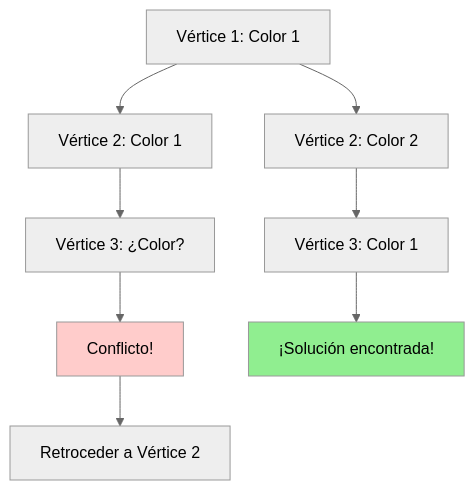
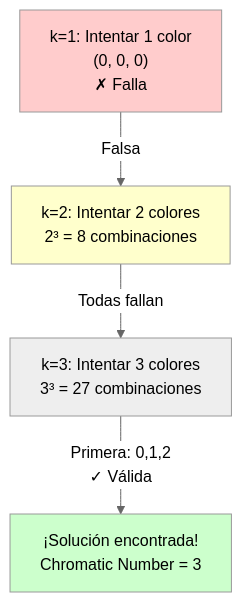
One commit to el-ente/coloreo-de-grafos changed the diagram in implementaciones/fuerza-bruta.md. Above: the diagram before and after it, drawn with Mermaid (neutral theme). The commit also changed other lines of this file and 3 other files, not shown here.

First line of the commit message:
feat: Implement brute force graph coloring algorithm

````diff
--- a/implementaciones/fuerza-bruta.md
+++ b/implementaciones/fuerza-bruta.md
@@ -19,13 +90,10 @@
 ```mermaid
 graph TD
-    A[Vértice 1: Color 1] --> B[Vértice 2: Color 1]
-    A --> C[Vértice 2: Color 2]
-    B --> D[Vértice 3: ¿Color?]
-    D --> E[Conflicto!]
-    E --> F[Retroceder a Vértice 2]
-    C --> G[Vértice 3: Color 1]
-    G --> H[¡Solución encontrada!]
+    A["k=1: Intentar 1 color<br/>(0, 0, 0)<br/>✗ Falla"] -->|Falsa| B["k=2: Intentar 2 colores<br/>2³ = 8 combinaciones"]
+    B -->|Todas fallan| C["k=3: Intentar 3 colores<br/>3³ = 27 combinaciones"]
+    C -->|Primera: 0,1,2<br/>✓ Válida| D["¡Solución encontrada!<br/>Chromatic Number = 3"]
     
-    style E fill:#ffcccb
-    style H fill:#90EE90
+    style A fill:#ffcccc
+    style B fill:#ffffcc
+    style D fill:#ccffcc
 ```
````
